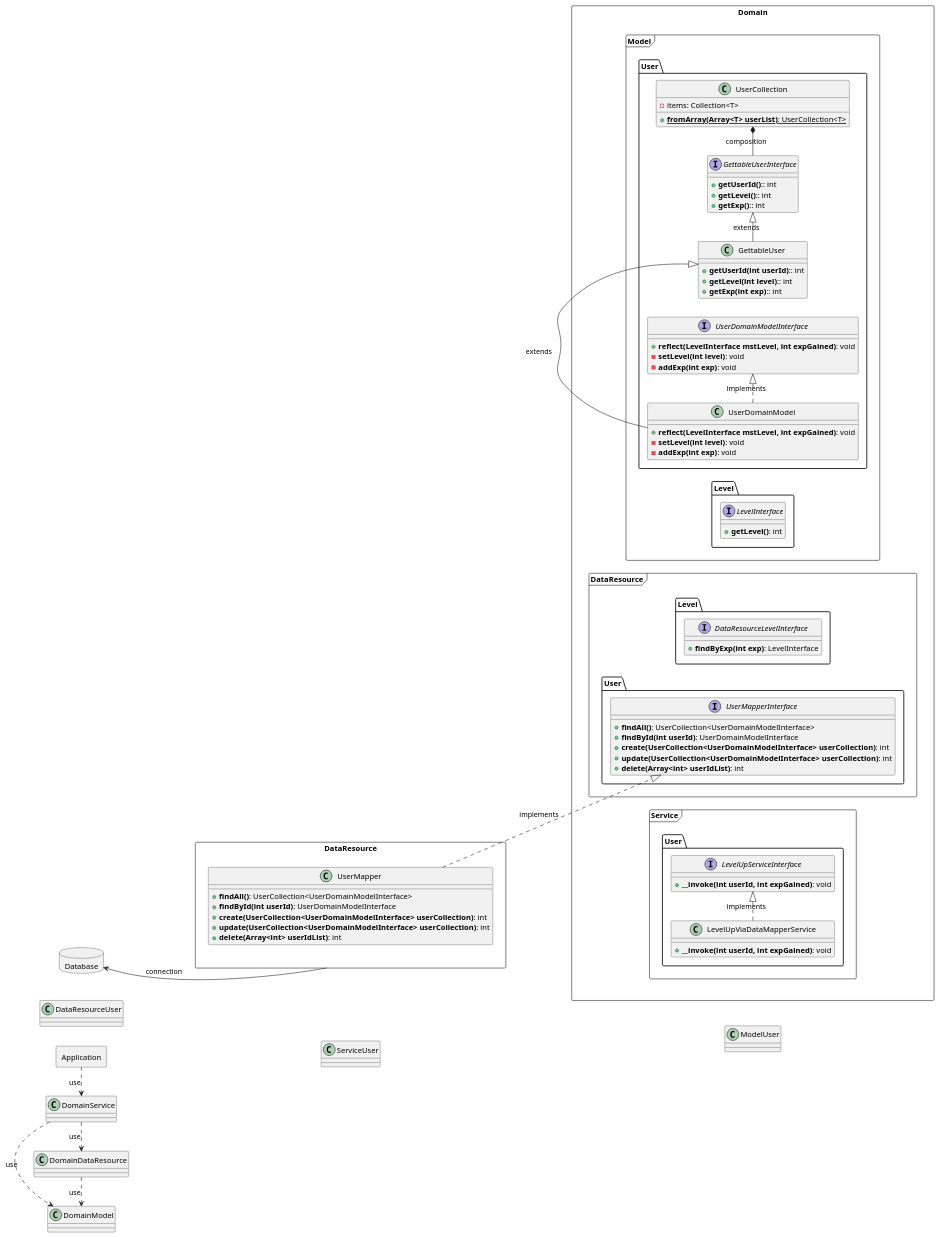
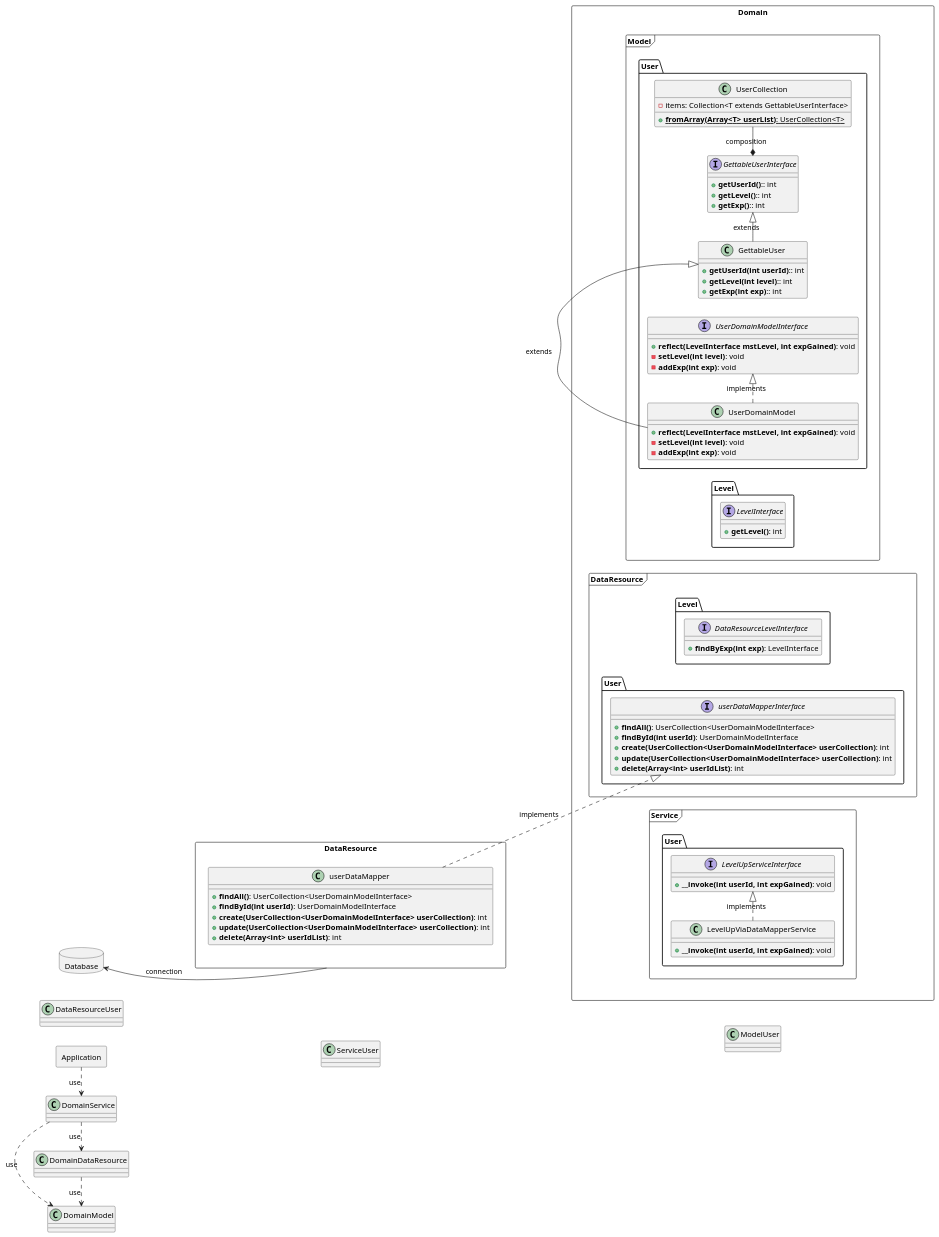
One commit to mexican-particles/mogmog changed the diagram in src/puml/classDiagram/userDataMapper.puml. Above: the diagram before and after it, drawn with PlantUML. The commit also changed 11 other files, not shown here.

```diff
--- a/src/puml/classDiagram/userDataMapper.puml
+++ b/src/puml/classDiagram/userDataMapper.puml
@@ -1,117 +1,117 @@
 @startuml
 'https://plantuml.com/class-diagram
 
 left to right direction
 
 Application --[hidden]down> ServiceUser
 Domain --[hidden]up> DataResource
 DataResource --[hidden]up> Database
 
 ServiceUser --[hidden]down> ModelUser
 ServiceUser --[hidden]up> DataResourceUser
 ModelUser --[hidden]up> DataResourceUser
 
 Application .> DomainService: use
 DomainService .> DomainDataResource: use
 DomainService .> DomainModel: use
 DomainDataResource .> DomainModel: use
 
 package Application <<Rectangle>> {
 }
 
 package Domain <<Rectangle>> {
     package Model as DomainModel <<Frame>> {
         package User as ModelUser <<Folder>> {
             class UserCollection {
-                - items: Collection<T>
+                - items: Collection<T extends GettableUserInterface>
                 + {static} **fromArray(Array<T> userList)**: UserCollection<T>
             }
 
             interface GettableUserInterface {
                 + **getUserId()**:: int
                 + **getLevel()**:: int
                 + **getExp()**:: int
             }
 
             class GettableUser {
                 + **getUserId(int userId)**:: int
                 + **getLevel(int level)**:: int
                 + **getExp(int exp)**:: int
             }
 
             interface UserDomainModelInterface {
                 + **reflect(LevelInterface mstLevel, int expGained)**: void
                 - **setLevel(int level)**: void
                 - **addExp(int exp)**: void
             }
 
             class UserDomainModel {
                 + **reflect(LevelInterface mstLevel, int expGained)**: void
                 - **setLevel(int level)**: void
                 - **addExp(int exp)**: void
             }
         }
 
         package Level as ModelLevel <<Folder>> {
             interface LevelInterface {
                 + **getLevel()**: int
             }
         }
     }
 
     package DataResource as DomainDataResource <<Frame>> {
         package Level as DataResourceLevel <<Folder>> {
             interface DataResourceLevelInterface {
                 + **findByExp(int exp)**: LevelInterface
             }
         }
         package User as DataResourceUser <<Folder>> {
-            interface UserMapperInterface {
+            interface userDataMapperInterface {
                 + **findAll()**: UserCollection<UserDomainModelInterface>
                 + **findById(int userId)**: UserDomainModelInterface
                 + **create(UserCollection<UserDomainModelInterface> userCollection)**: int
                 + **update(UserCollection<UserDomainModelInterface> userCollection)**: int
                 + **delete(Array<int> userIdList)**: int
             }
         }
     }
 
     package Service as DomainService <<Frame>> {
         package User as ServiceUser <<Folder>> {
             interface LevelUpServiceInterface {
                 + **__invoke(int userId, int expGained)**: void
             }
 
             class LevelUpViaDataMapperService {
                 + **__invoke(int userId, int expGained)**: void
             }
         }
     }
 }
 
 package DataResource <<Rectangle>> {
-    class UserMapper {
+    class userDataMapper {
         + **findAll()**: UserCollection<UserDomainModelInterface>
         + **findById(int userId)**: UserDomainModelInterface
         + **create(UserCollection<UserDomainModelInterface> userCollection)**: int
         + **update(UserCollection<UserDomainModelInterface> userCollection)**: int
         + **delete(Array<int> userIdList)**: int
     }
 }
 
 LevelUpViaDataMapperService .|> LevelUpServiceInterface: implements
 
-GettableUserInterface -* UserCollection: composition
+GettableUserInterface *- UserCollection: composition
 
 GettableUser -|> GettableUserInterface: extends
 UserDomainModel .|> UserDomainModelInterface: implements
 UserDomainModel -|> GettableUser: extends
 
-UserMapper .|> UserMapperInterface : implements
+userDataMapper .|> userDataMapperInterface : implements
 
 package Database <<Database>> {
 }
 
 DataResource -down-> Database: connection
 
 @enduml
```
